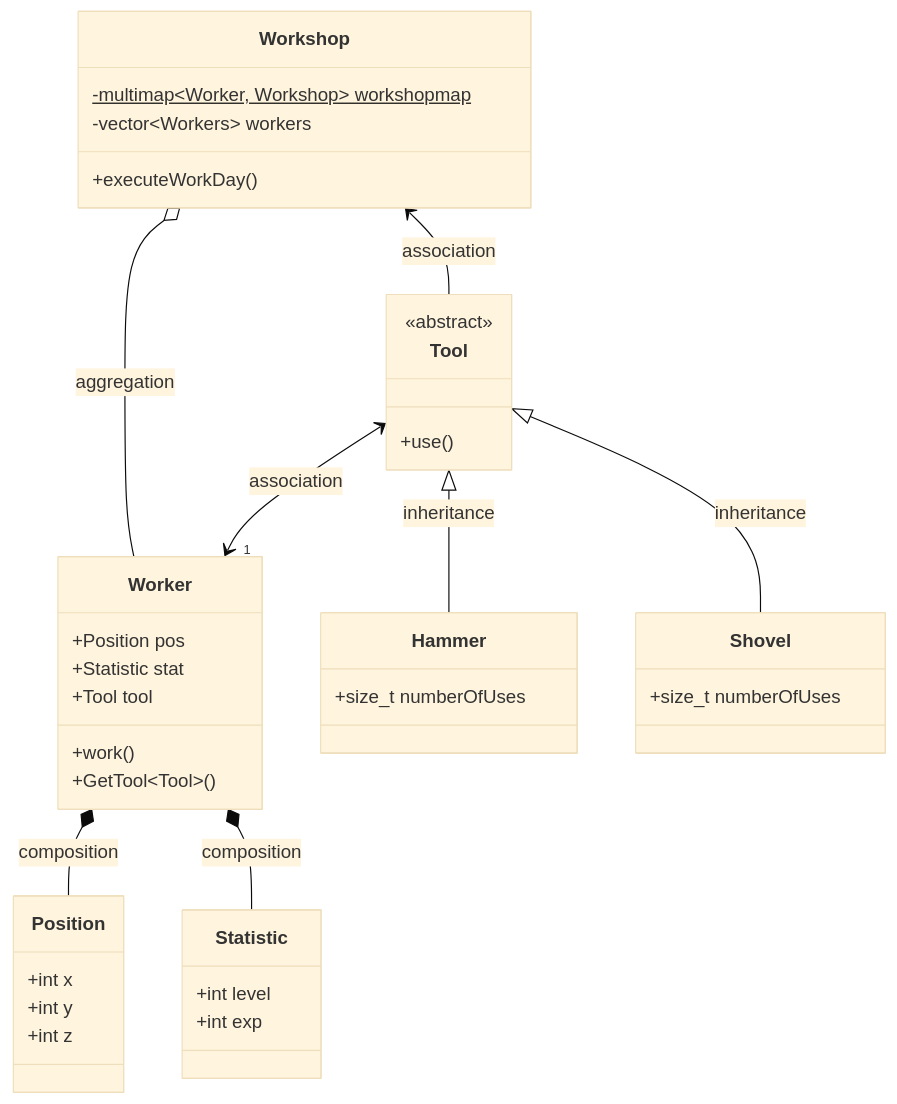
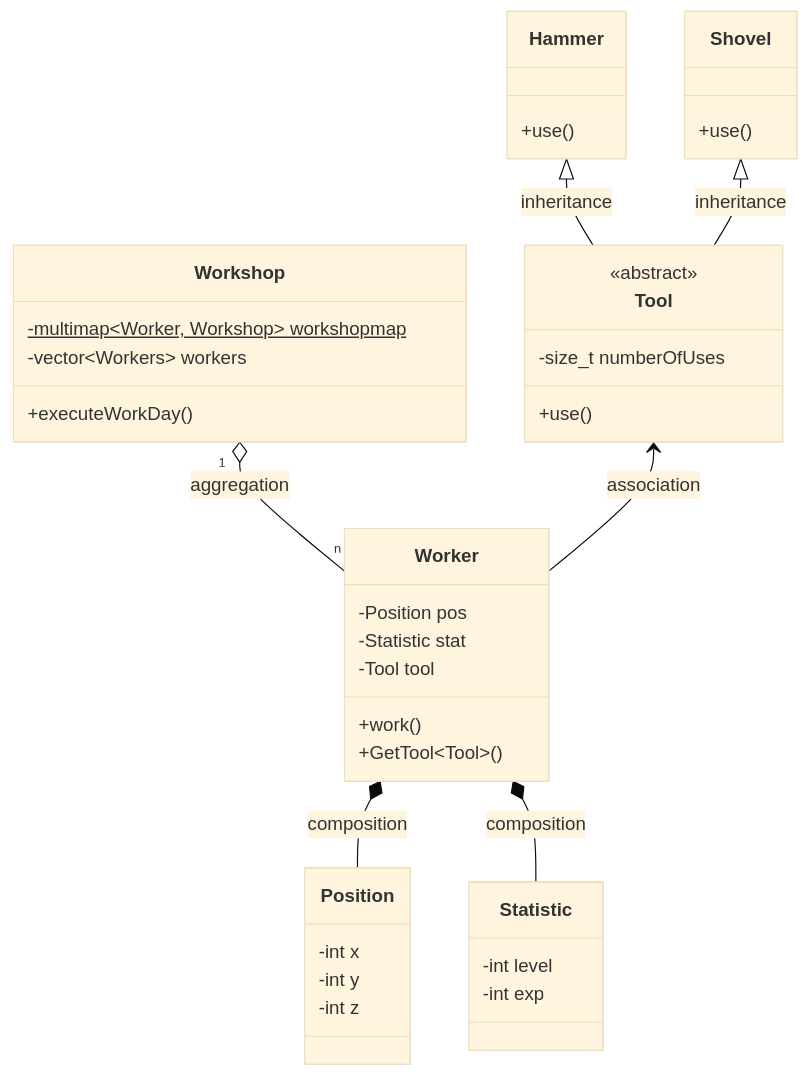
The diagram in README.md (VLN37/Piscine-Object), drawn with Mermaid (base theme) before and after one commit. The commit also changed 2 other files, not shown here.

Commit message:
m02ex00 cleanup

````diff
--- a/README.md
+++ b/README.md
@@ -26,61 +26,66 @@
 ```mermaid
 
 classDiagram
 direction TB
+Hammer <|-- Tool : inheritance
+Shovel <|-- Tool : inheritance
 Worker *-- Position: composition
 Worker *-- Statistic: composition
 
+
+Workshop "1" o-- "n" Worker : aggregation
+
 class Position {
-    +int x
-    +int y
-    +int z
+    -int x
+    -int y
+    -int z
 }
 
 class Statistic {
-    +int level
-    +int exp
+    -int level
+    -int exp
 }
 
-Workshop <-- Tool: association
-Tool <--> "1" Worker: association
+
+Tool <-- Worker: association
 
 class Worker {
     %%composition
-    +Position pos
+    -Position pos
     %%composition
-    +Statistic stat
+    -Statistic stat
     %%aggregation
-    +Tool tool
+    -Tool tool
 
     +work()
     +GetTool~Tool~()
 }
 
 
-Tool<|--Hammer: inheritance
-Tool<|--Shovel: inheritance
 
 class Tool {
     <<abstract>>
+    -size_t numberOfUses
+
     +use()
 }
 
 %%inheritance
 class Shovel {
-    +size_t numberOfUses
+    +use()
 }
 
 %%inheritance
 class Hammer {
-    +size_t numberOfUses
+    +use()
 }
 
-Workshop o-- Worker: aggregation
+
 %%association
 class Workshop {
     -multimap~Worker, Workshop~ workshopmap$
     -vector~Workers~ workers
 
     +executeWorkDay()
 }
 ```
````
